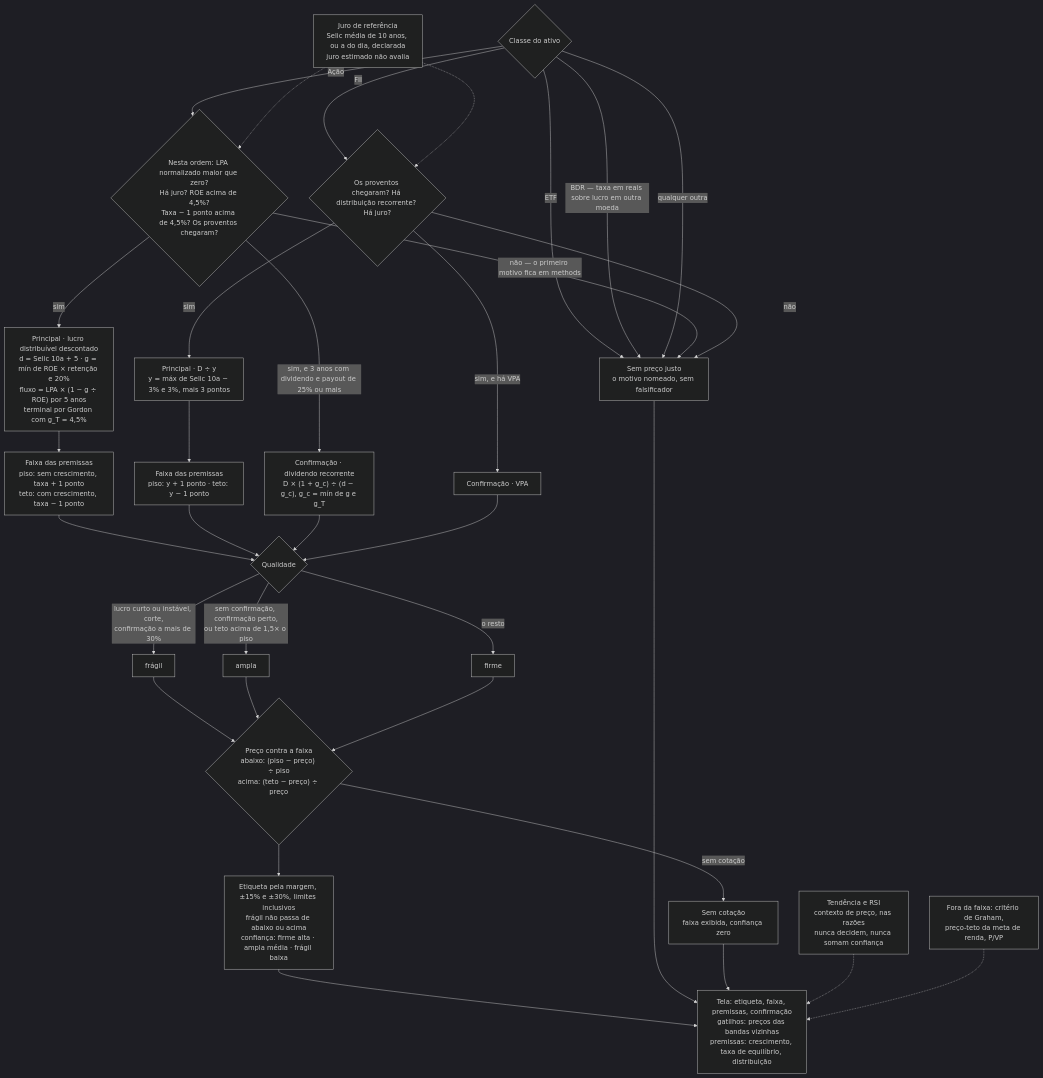
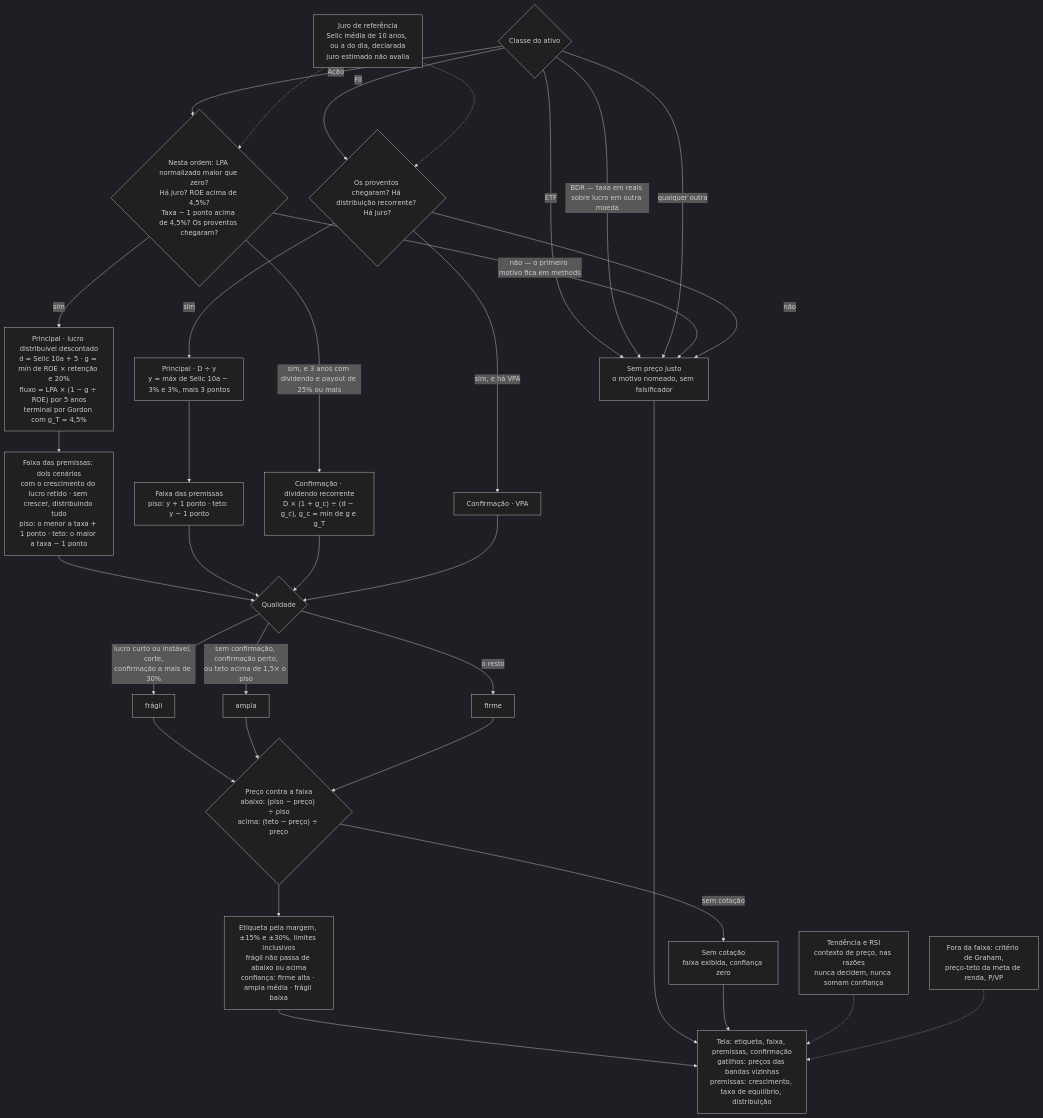
The diagram in docs/04-CALCULOS.md (leodavilats/fiance), drawn with Mermaid (dark theme) before and after one commit. The commit also changed other lines of this file and 10 other files, not shown here.

````diff
--- a/docs/04-CALCULOS.md
+++ b/docs/04-CALCULOS.md
@@ -327,55 +338,55 @@
 ```mermaid
 flowchart TD
     CLS{"Classe do ativo"}
     CLS -->|"ETF"| SEMV
     CLS -->|"BDR — taxa em reais sobre lucro em outra moeda"| SEMV
     CLS -->|"Ação"| QA
     CLS -->|"FII"| QF
     CLS -->|"qualquer outra"| SEMV
 
     JURO["Juro de referência<br/>Selic média de 10 anos, ou a do dia, declarada<br/>juro estimado não avalia"]
     JURO -.-> QA
     JURO -.-> QF
 
     QA{"Nesta ordem: LPA normalizado maior que zero?<br/>Há juro? ROE acima de 4,5%?<br/>Taxa − 1 ponto acima de 4,5%? Os proventos chegaram?"}
     QA -->|"não — o primeiro motivo fica em methods"| SEMV
     QA -->|"sim"| PA["Principal · lucro distribuível descontado<br/>d = Selic 10a + 5 · g = mín de ROE × retenção e 20%<br/>fluxo = LPA × (1 − g ÷ ROE) por 5 anos<br/>terminal por Gordon com g_T = 4,5%"]
     QA -->|"sim, e 3 anos com dividendo e payout de 25% ou mais"| CA["Confirmação · dividendo recorrente<br/>D × (1 + g_c) ÷ (d − g_c), g_c = mín de g e g_T"]
 
     QF{"Os proventos chegaram? Há distribuição recorrente? Há juro?"}
     QF -->|"não"| SEMV
     QF -->|"sim"| PF["Principal · D ÷ y<br/>y = máx de Selic 10a − 3% e 3%, mais 3 pontos"]
     QF -->|"sim, e há VPA"| CF["Confirmação · VPA"]
 
-    PA --> FX["Faixa das premissas<br/>piso: sem crescimento, taxa + 1 ponto<br/>teto: com crescimento, taxa − 1 ponto"]
+    PA --> FX["Faixa das premissas: dois cenários<br/>com o crescimento do lucro retido · sem crescer, distribuindo tudo<br/>piso: o menor a taxa + 1 ponto · teto: o maior a taxa − 1 ponto"]
     PF --> FX2["Faixa das premissas<br/>piso: y + 1 ponto · teto: y − 1 ponto"]
 
     FX --> QL
     FX2 --> QL
     CA --> QL
     CF --> QL
 
     QL{"Qualidade"}
     QL -->|"lucro curto ou instável, corte,<br/>confirmação a mais de 30%"| FRA["frágil"]
     QL -->|"sem confirmação, confirmação perto,<br/>ou teto acima de 1,5× o piso"| AMP["ampla"]
     QL -->|"o resto"| FIR["firme"]
 
     FRA --> POS
     AMP --> POS
     FIR --> POS
 
     POS{"Preço contra a faixa<br/>abaixo: (piso − preço) ÷ piso<br/>acima: (teto − preço) ÷ preço"}
     POS -->|"sem cotação"| SCOT["Sem cotação<br/>faixa exibida, confiança zero"]
     POS --> LBL["Etiqueta pela margem, ±15% e ±30%, limites inclusivos<br/>frágil não passa de abaixo ou acima<br/>confiança: firme alta · ampla média · frágil baixa"]
 
     SEMV["Sem preço justo<br/>o motivo nomeado, sem falsificador"]
 
     TEC["Tendência e RSI<br/>contexto de preço, nas razões<br/>nunca decidem, nunca somam confiança"]
     IND["Fora da faixa: critério de Graham,<br/>preço-teto da meta de renda, P/VP"]
 
     LBL --> OUT["Tela: etiqueta, faixa, premissas, confirmação<br/>gatilhos: preços das bandas vizinhas<br/>premissas: crescimento, taxa de equilíbrio, distribuição"]
     SEMV --> OUT
     SCOT --> OUT
     TEC -.-> OUT
     IND -.-> OUT
 ```
````
